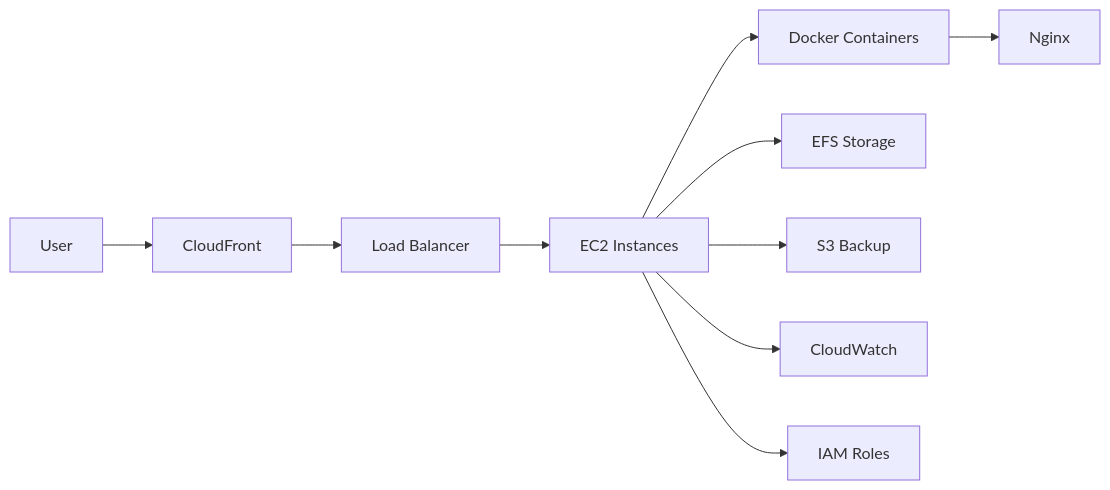
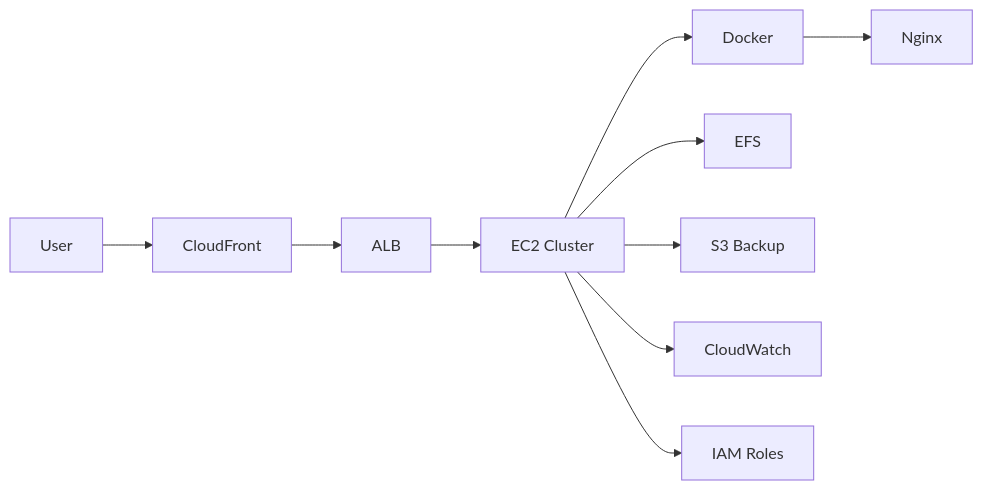
The first of 2 diagrams in README.md (hamzahashmi3/hamzahashmi3), drawn with Mermaid before and after one commit. The commit also changed other lines of this file, not shown here.

````diff
--- a/README.md
+++ b/README.md
@@ -46,12 +47,12 @@
 ```mermaid
 flowchart LR
     A[User] --> B[CloudFront]
-    B --> C[Load Balancer]
-    C --> D[EC2 Instances]
-    D --> E[Docker Containers]
+    B --> C[ALB]
+    C --> D[EC2 Cluster]
+    D --> E[Docker]
     E --> F[Nginx]
-    D --> G[EFS Storage]
+    D --> G[EFS]
     D --> H[S3 Backup]
     D --> I[CloudWatch]
     D --> J[IAM Roles]
 ```
````
